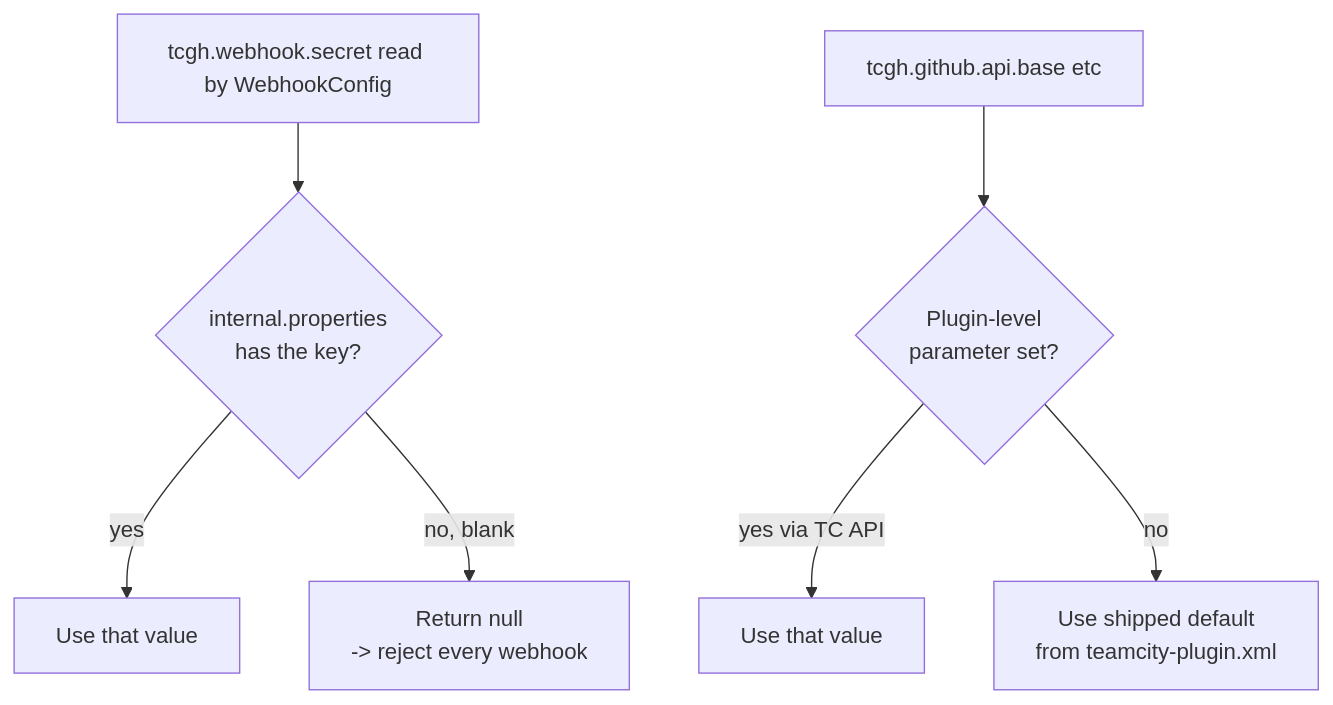
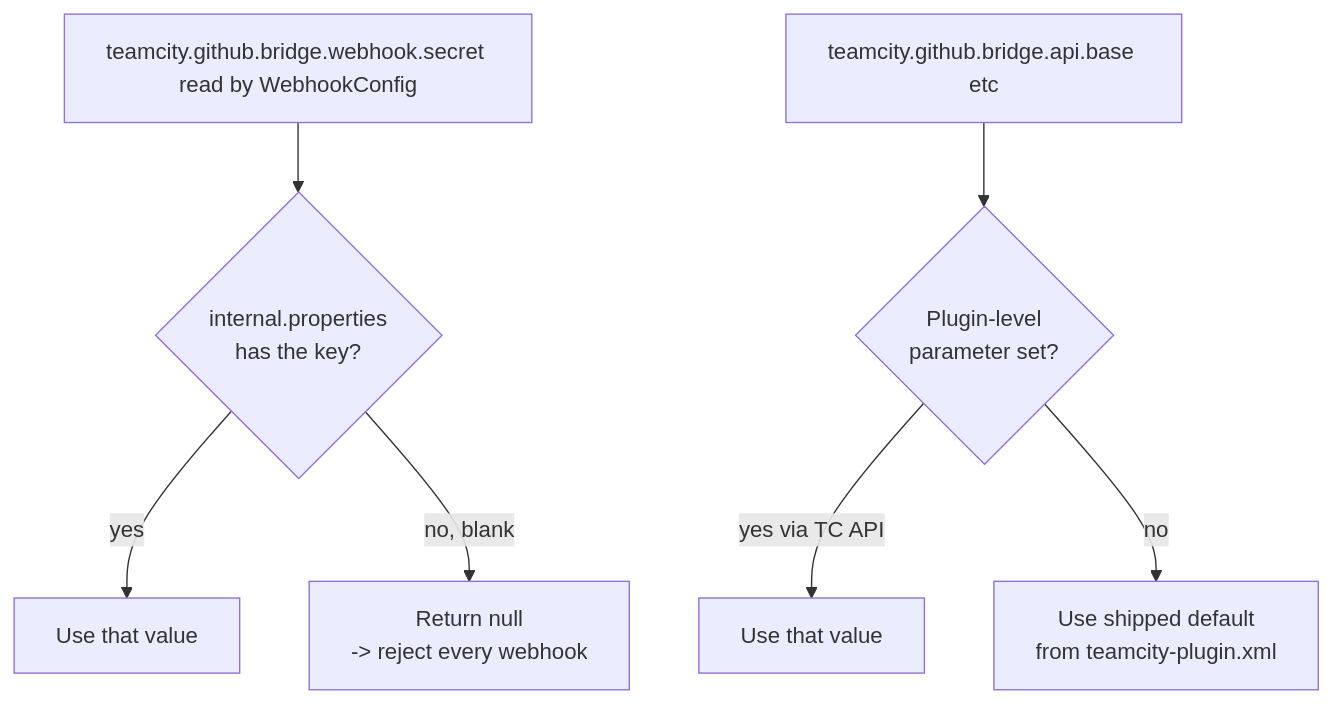
The diagram in doc/configuration.md (Silmaen/teamcity-github), drawn with Mermaid before and after one commit. The commit also changed other lines of this file and 29 other files, not shown here.

````diff
--- a/doc/configuration.md
+++ b/doc/configuration.md
@@ -168,10 +168,10 @@
 ```mermaid
 flowchart TD
-    A[tcgh.webhook.secret read by WebhookConfig] --> B{internal.properties<br/>has the key?}
+    A[teamcity.github.bridge.webhook.secret read by WebhookConfig] --> B{internal.properties<br/>has the key?}
     B -->|yes| C[Use that value]
     B -->|no, blank| D[Return null<br/>-> reject every webhook]
 
-    E[tcgh.github.api.base etc] --> F{Plugin-level<br/>parameter set?}
+    E[teamcity.github.bridge.api.base etc] --> F{Plugin-level<br/>parameter set?}
     F -->|yes via TC API| G[Use that value]
     F -->|no| H[Use shipped default<br/>from teamcity-plugin.xml]
 ```
````
